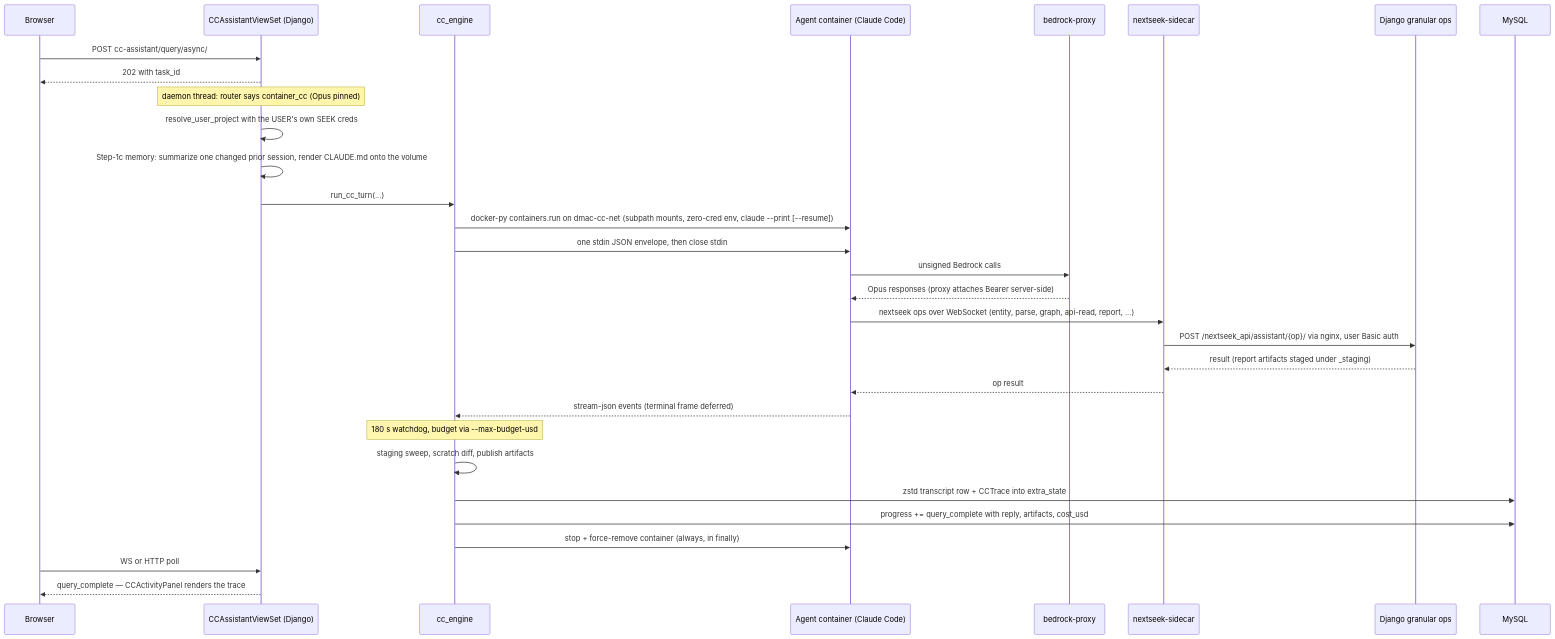
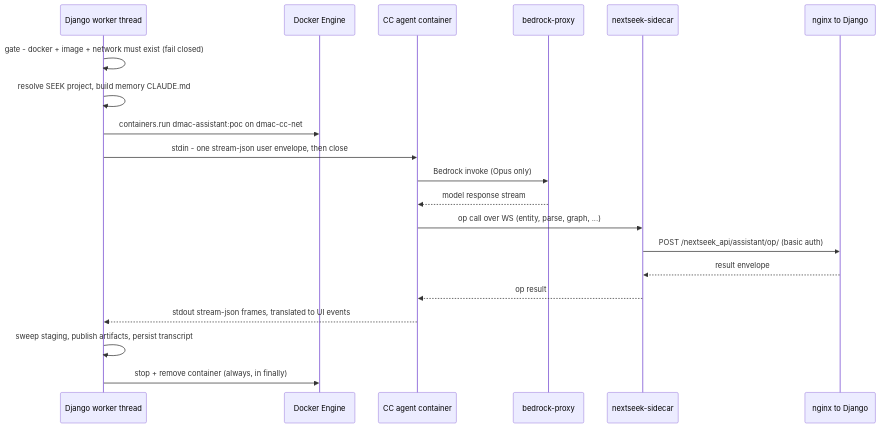
One commit to BioMicroCenter/NExtSEEK changed the fourth of 4 diagrams in architecture.md. Above: the diagram before and after it, drawn with Mermaid. The commit also changed other lines of this file, not shown here.

First line of the commit message:
docs(assistant): rewrite Nessie architecture.md from verified in-scope research

````diff
--- a/architecture.md
+++ b/architecture.md
@@ -171,34 +142,22 @@
 ```mermaid
 sequenceDiagram
-    participant B as Browser
-    participant V as CCAssistantViewSet (Django)
-    participant E as cc_engine
-    participant A as Agent container (Claude Code)
+    participant T as Django worker thread
+    participant D as Docker Engine
+    participant A as CC agent container
     participant P as bedrock-proxy
     participant S as nextseek-sidecar
-    participant G as Django granular ops
-    participant DB as MySQL
-
-    B->>V: POST cc-assistant/query/async/
-    V-->>B: 202 with task_id
-    Note over V: daemon thread: router says container_cc (Opus pinned)
-    V->>V: resolve_user_project with the USER's own SEEK creds
-    V->>V: Step-1c memory: summarize one changed prior session, render CLAUDE.md onto the volume
-    V->>E: run_cc_turn(...)
-    E->>A: docker-py containers.run on dmac-cc-net (subpath mounts, zero-cred env, claude --print [--resume])
-    E->>A: one stdin JSON envelope, then close stdin
-    A->>P: unsigned Bedrock calls
-    P-->>A: Opus responses (proxy attaches Bearer server-side)
-    A->>S: nextseek ops over WebSocket (entity, parse, graph, api-read, report, ...)
-    S->>G: POST /nextseek_api/assistant/{op}/ via nginx, user Basic auth
-    G-->>S: result (report artifacts staged under _staging)
+    participant N as nginx to Django
+    T->>T: gate - docker + image + network must exist (fail closed)
+    T->>T: resolve SEEK project, build memory CLAUDE.md
+    T->>D: containers.run dmac-assistant:poc on dmac-cc-net
+    T->>A: stdin - one stream-json user envelope, then close
+    A->>P: Bedrock invoke (Opus only)
+    P-->>A: model response stream
+    A->>S: op call over WS (entity, parse, graph, ...)
+    S->>N: POST /nextseek_api/assistant/op/ (basic auth)
+    N-->>S: result envelope
     S-->>A: op result
-    A-->>E: stream-json events (terminal frame deferred)
-    Note over E: 180 s watchdog, budget via --max-budget-usd
-    E->>E: staging sweep, scratch diff, publish artifacts
-    E->>DB: zstd transcript row + CCTrace into extra_state
-    E->>DB: progress += query_complete with reply, artifacts, cost_usd
-    E->>A: stop + force-remove container (always, in finally)
-    B->>V: WS or HTTP poll
-    V-->>B: query_complete — CCActivityPanel renders the trace
+    A-->>T: stdout stream-json frames, translated to UI events
+    T->>T: sweep staging, publish artifacts, persist transcript
+    T->>D: stop + remove container (always, in finally)
 ```
````
